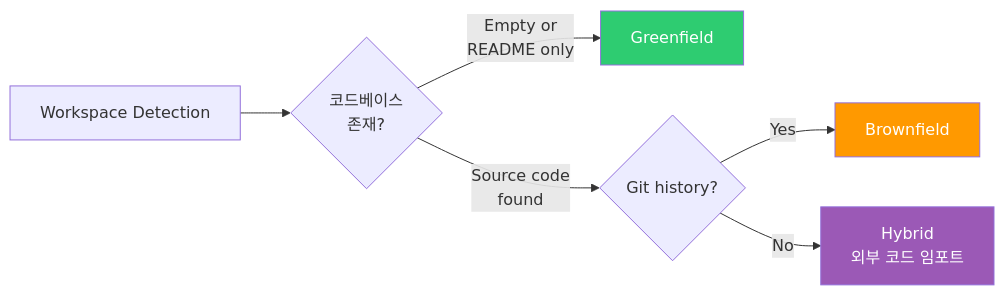
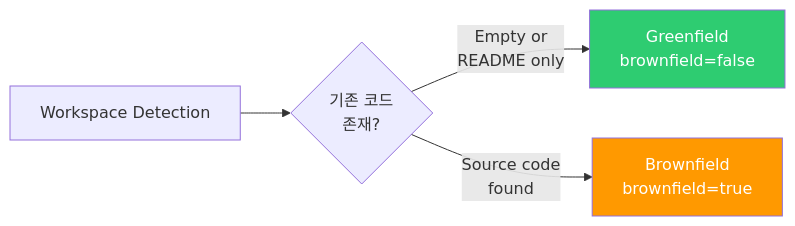
One commit to devfloor9/engineering-playbook changed the second of 9 diagrams in i18n/ko/docusaurus-plugin-content-docs/current/aidlc/methodology/adaptive-execution.md. Above: the diagram before and after it, drawn with Mermaid. The commit also changed other lines of this file and 3 other files, not shown here.

````diff
--- a/i18n/ko/docusaurus-plugin-content-docs/current/aidlc/methodology/adaptive-execution.md
+++ b/i18n/ko/docusaurus-plugin-content-docs/current/aidlc/methodology/adaptive-execution.md
@@ -80,12 +82,9 @@
 ```mermaid
 flowchart LR
-    WD[Workspace Detection] --> CHECK1{코드베이스<br/>존재?}
-    CHECK1 -->|Empty or<br/>README only| GREEN[Greenfield]
-    CHECK1 -->|Source code<br/>found| CHECK2{Git history?}
-    CHECK2 -->|Yes| BROWN[Brownfield]
-    CHECK2 -->|No| HYBRID[Hybrid<br/>외부 코드 임포트]
+    WD[Workspace Detection] --> CHECK1{기존 코드<br/>존재?}
+    CHECK1 -->|Empty or<br/>README only| GREEN[Greenfield<br/>brownfield=false]
+    CHECK1 -->|Source code<br/>found| BROWN[Brownfield<br/>brownfield=true]
 
     style GREEN fill:#2ecc71,color:#fff
     style BROWN fill:#ff9900,color:#fff
-    style HYBRID fill:#9b59b6,color:#fff
 ```
````
